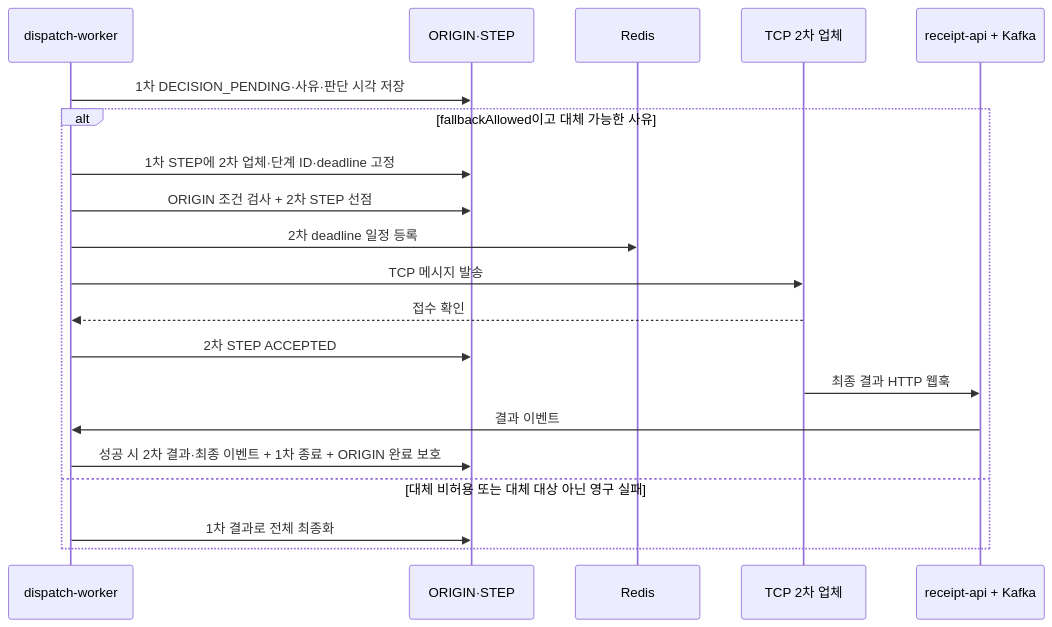
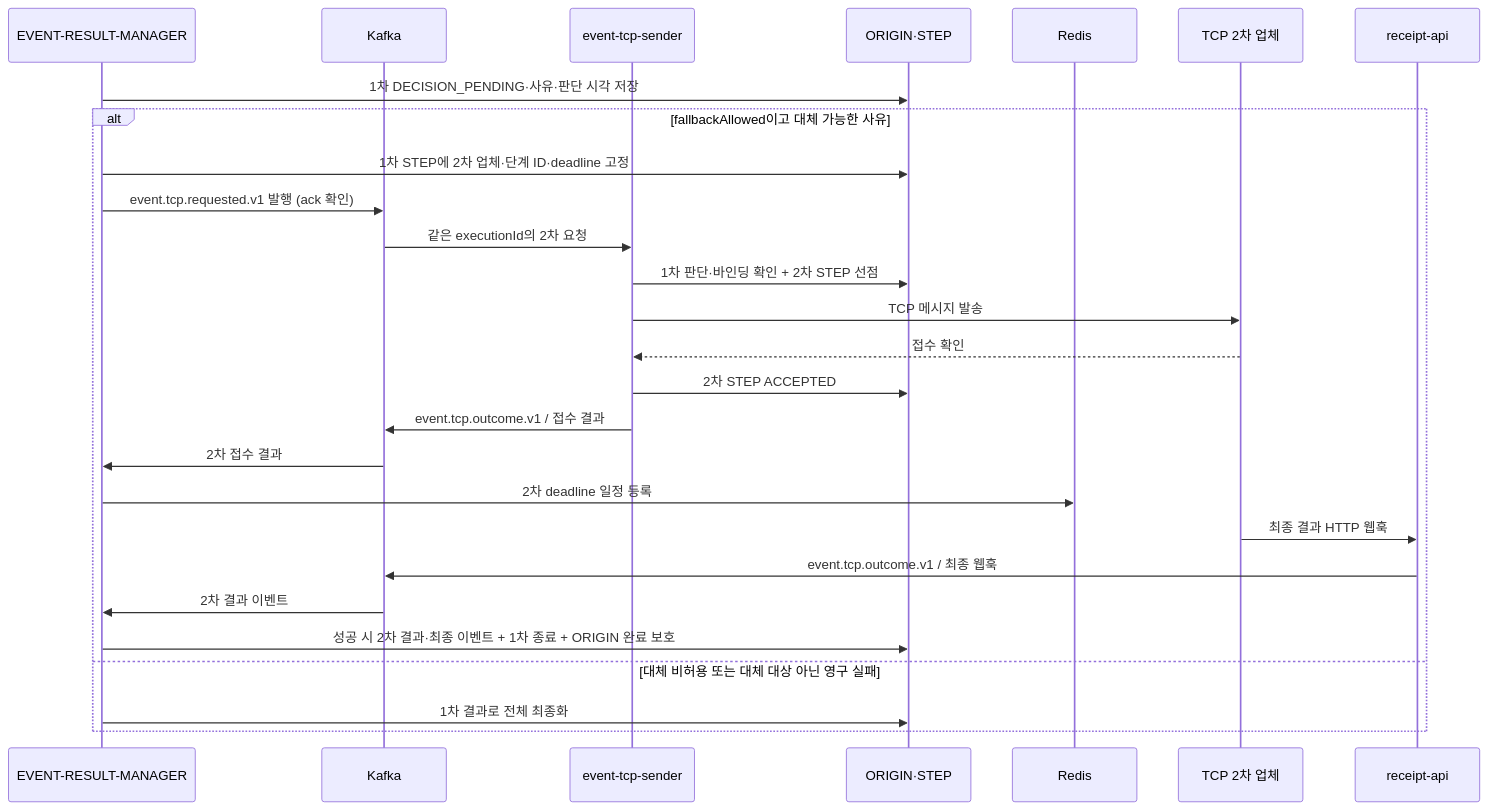
Before and after one commit to hyun-seung/High-throughput-event-platform: the third of 4 diagrams in docs/04-요청-접수부터-최종-결과까지의-전체-흐름.md, drawn with Mermaid. The commit also changed other lines of this file and 6 other files, not shown here.

````diff
--- a/docs/04-요청-접수부터-최종-결과까지의-전체-흐름.md
+++ b/docs/04-요청-접수부터-최종-결과까지의-전체-흐름.md
@@ -131,22 +135,29 @@
 ```mermaid
 sequenceDiagram
-    participant S as dispatch-worker
+    participant M as EVENT-RESULT-MANAGER
+    participant K as Kafka
+    participant S as event-tcp-sender
     participant D as ORIGIN·STEP
     participant R as Redis
     participant T as TCP 2차 업체
-    participant W as receipt-api + Kafka
-    S->>D: 1차 DECISION_PENDING·사유·판단 시각 저장
+    participant W as receipt-api
+    M->>D: 1차 DECISION_PENDING·사유·판단 시각 저장
     alt fallbackAllowed이고 대체 가능한 사유
-        S->>D: 1차 STEP에 2차 업체·단계 ID·deadline 고정
-        S->>D: ORIGIN 조건 검사 + 2차 STEP 선점
-        S->>R: 2차 deadline 일정 등록
+        M->>D: 1차 STEP에 2차 업체·단계 ID·deadline 고정
+        M->>K: event.tcp.requested.v1 발행 (ack 확인)
+        K->>S: 같은 executionId의 2차 요청
+        S->>D: 1차 판단·바인딩 확인 + 2차 STEP 선점
         S->>T: TCP 메시지 발송
         T-->>S: 접수 확인
         S->>D: 2차 STEP ACCEPTED
+        S->>K: event.tcp.outcome.v1 / 접수 결과
+        K->>M: 2차 접수 결과
+        M->>R: 2차 deadline 일정 등록
         T->>W: 최종 결과 HTTP 웹훅
-        W->>S: 결과 이벤트
-        S->>D: 성공 시 2차 결과·최종 이벤트 + 1차 종료 + ORIGIN 완료 보호
+        W->>K: event.tcp.outcome.v1 / 최종 웹훅
+        K->>M: 2차 결과 이벤트
+        M->>D: 성공 시 2차 결과·최종 이벤트 + 1차 종료 + ORIGIN 완료 보호
     else 대체 비허용 또는 대체 대상 아닌 영구 실패
-        S->>D: 1차 결과로 전체 최종화
+        M->>D: 1차 결과로 전체 최종화
     end
 ```
````
